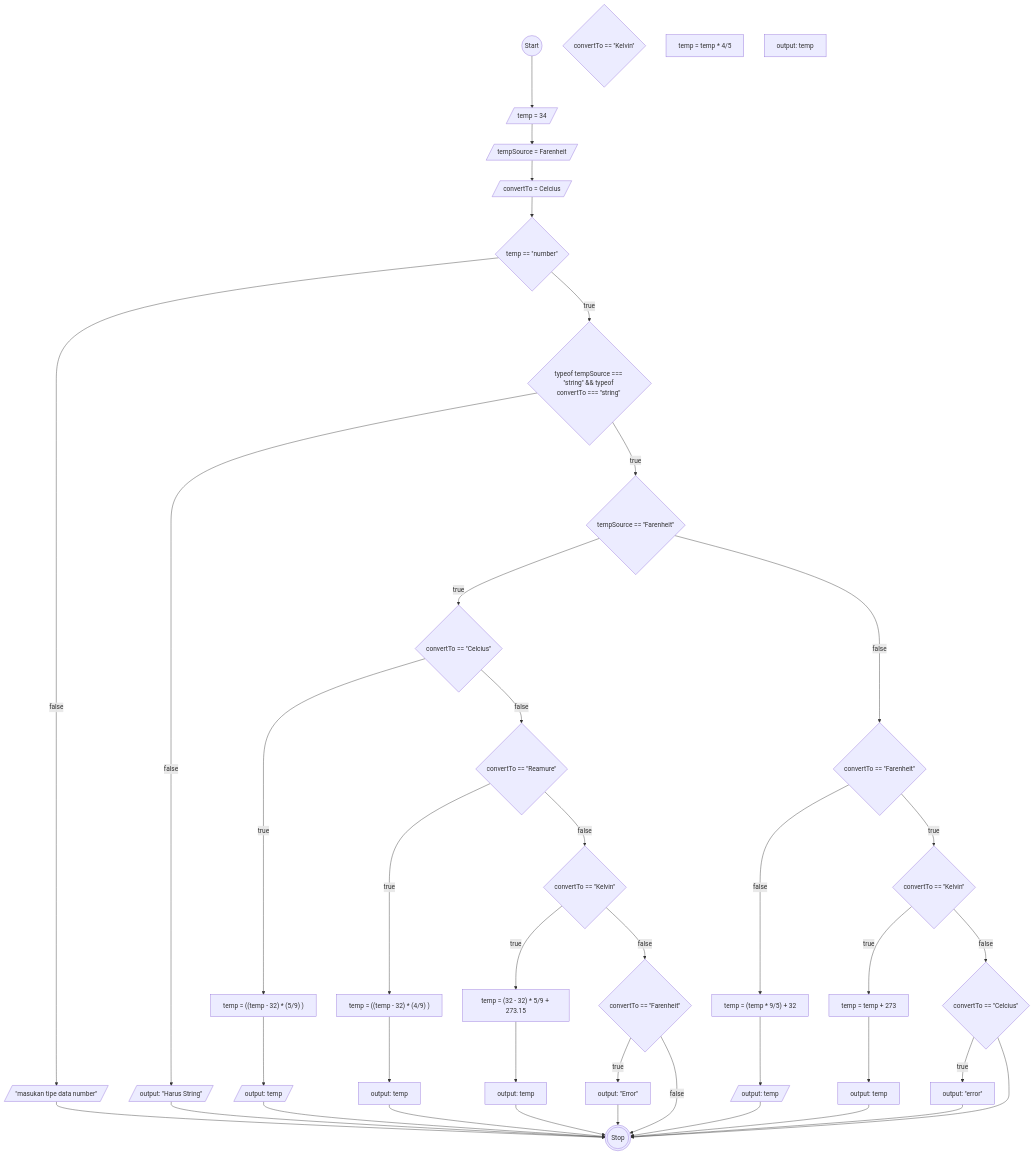
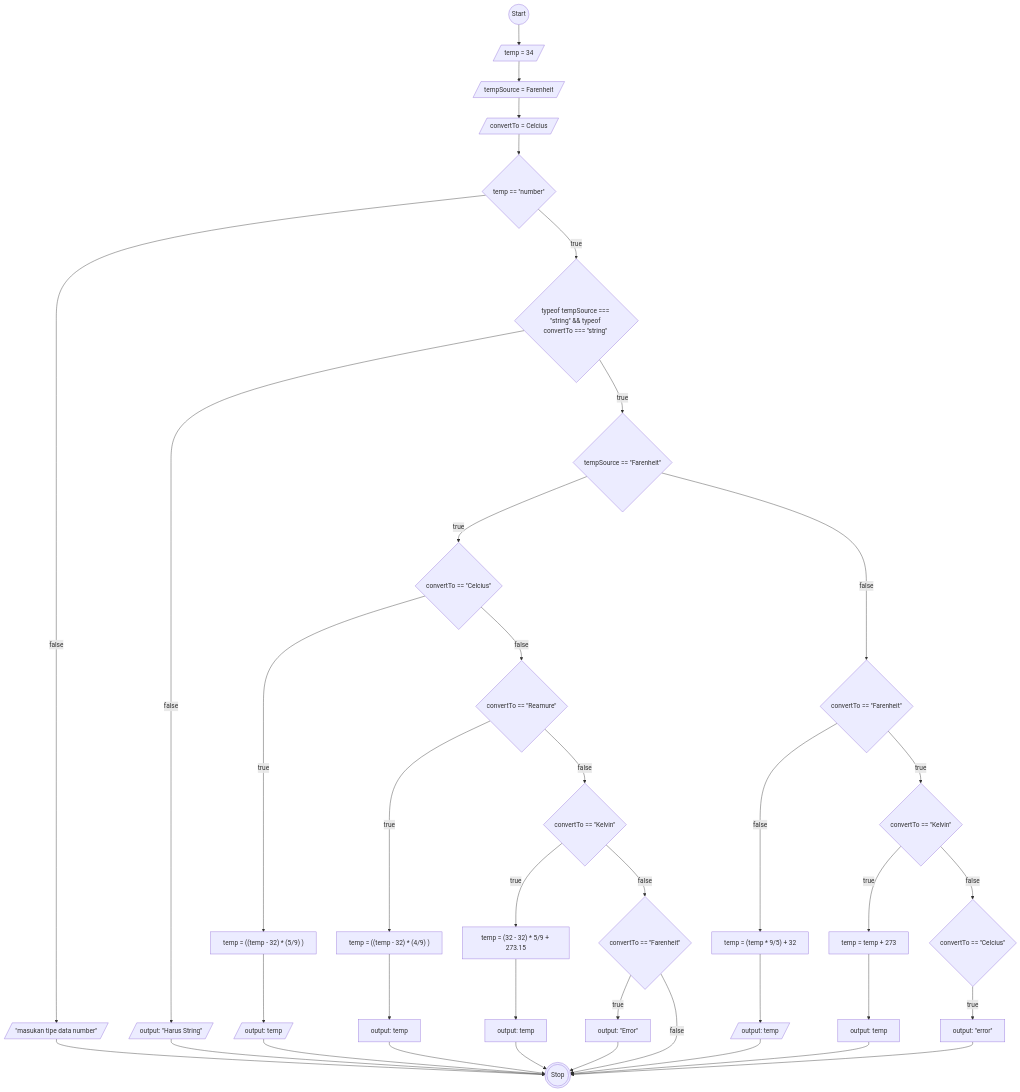
Before and after one commit to AbiPasundan/koda-b6-javascript1: the diagram in task4.md, drawn with Mermaid. The commit also changed 1 other file, not shown here.

````diff
--- a/task4.md
+++ b/task4.md
@@ -5,78 +5,74 @@
 ```mermaid
     flowchart TB
         Start@{ shape: circ, label: "Start"}
 
         temp@{ shape: lean-r, label: "temp = 34"}
         tempSource@{ shape: lean-r, label: "tempSource = Farenheit"}
         convertTo@{ shape: lean-r, label:  "convertTo = Celcius"}
 
         validation@{ shape: diamond, label:  "temp == ''number''"}
         outputerr@{ shape: lean-r, label:  "''masukan tipe data number''"}
 
         isString@{ shape: diamond, label:  "typeof tempSource === ''string'' && typeof convertTo === ''string'' "}
         isStringFalse@{ shape: lean-r, label:  "output: ''Harus String''"}
 
         isStringTrue@{ shape: diamond, label:  "tempSource == ''Farenheit''"}
 
         %% SAMBUNGAN AWAL START
         Start-->temp-->tempSource-->convertTo-->validation-->|false|outputerr-->Stop
 
         validation-- true -->isString -- false --> isStringFalse --> Stop
 
         isString-- true --> isStringTrue -- true -->isStringTrueFC -- true -->isStringTrueFCVar-->isStringTrueFCOut-->Stop
         
         %% SAMBUNGAN AWAL END
 
         %% CONVERT FARENHEIT START
         isStringTrueFC@{ shape: diamond, label:  "convertTo == ''Celcius''"}
         isStringTrueFCVar@{ shape: rect, label:  "temp = ((temp - 32) * (5/9) )"}
         isStringTrueFCOut@{ shape: lean-r, label:  "output: temp"}
 
         isStringTrueFR@{ shape: diamond, label:  "convertTo == ''Reamure''"}
         isStringTrueFRVar@{ shape: rect, label:  "temp = ((temp - 32) * (4/9) )"}
         isStringTrueFROut@{ shape: rect, label:  "output: temp"}
 
         isStringTrueFK@{ shape: diamond, label:  "convertTo == ''Kelvin''"}
         isStringTrueFKVar@{ shape: rect, label:  "temp = (32 - 32) * 5/9 + 273.15"}
         isStringTrueFKOut@{ shape: rect, label:  "output: temp"}
 
         isStringTrueFF@{ shape: diamond, label:  "convertTo == ''Farenheit''"}
         isStringTrueFFOut@{ shape: rect, label:  "output: ''Error''"}
 
         %% SAMBUNGAN START
         isStringTrueFC-- false --> isStringTrueFR -- true --> isStringTrueFRVar --> isStringTrueFROut-->Stop
         isStringTrueFR -- false --> isStringTrueFK -- true --> isStringTrueFKVar --> isStringTrueFKOut -->Stop
         isStringTrueFK -- false --> isStringTrueFF -- true --> isStringTrueFFOut -->Stop
         isStringTrueFF -- false  -->Stop
         %% SAMBUNGAN END
         %% CONVERT FARENHEIT END
 
         %% CONVERT CELCIUS START
         isStringTrueCF@{ shape: diamond, label:  "convertTo == ''Farenheit''"}
         isStringTrueCFVar@{ shape: rect, label:  "temp = (temp * 9/5) + 32"}
         isStringTrueCFOut@{ shape: lean-r, label:  "output: temp"}
 
         isStringTrueCK@{ shape: diamond, label:  "convertTo == ''Kelvin''"}
         isStringTrueCKVar@{ shape: rect, label:  "temp = temp + 273"}
         isStringTrueCKOut@{ shape: rect, label:  "output: temp"}
 
-        isStringTrueCR@{ shape: diamond, label:  "convertTo == ''Kelvin''"}
-        isStringTrueCRVar@{ shape: rect, label:  "temp = temp * 4/5"}
-        isStringTrueCROut@{ shape: rect, label:  "output: temp"}
 
         isStringTrueCC@{ shape: diamond, label:  "convertTo == ''Celcius''"}
         isStringTrueCCOut@{ shape: rect, label:  "output: ''error''"}
 
         %% SAMUNGAN START
         isStringTrue-->|false|isStringTrueCF-->|false|isStringTrueCFVar-->isStringTrueCFOut-->Stop
         isStringTrueCF-->|true|isStringTrueCK-->|true|isStringTrueCKVar-->isStringTrueCKOut-->Stop
 
         isStringTrueCK-->|false|isStringTrueCC-->|true|isStringTrueCCOut-->Stop
-        isStringTrueCC-->Stop
-
         %% SAMUNGAN END
         %% CONVERT CELCIUS END
+
 
         Stop@{ shape: dbl-circ, label: "Stop"}
 
 ```
````
